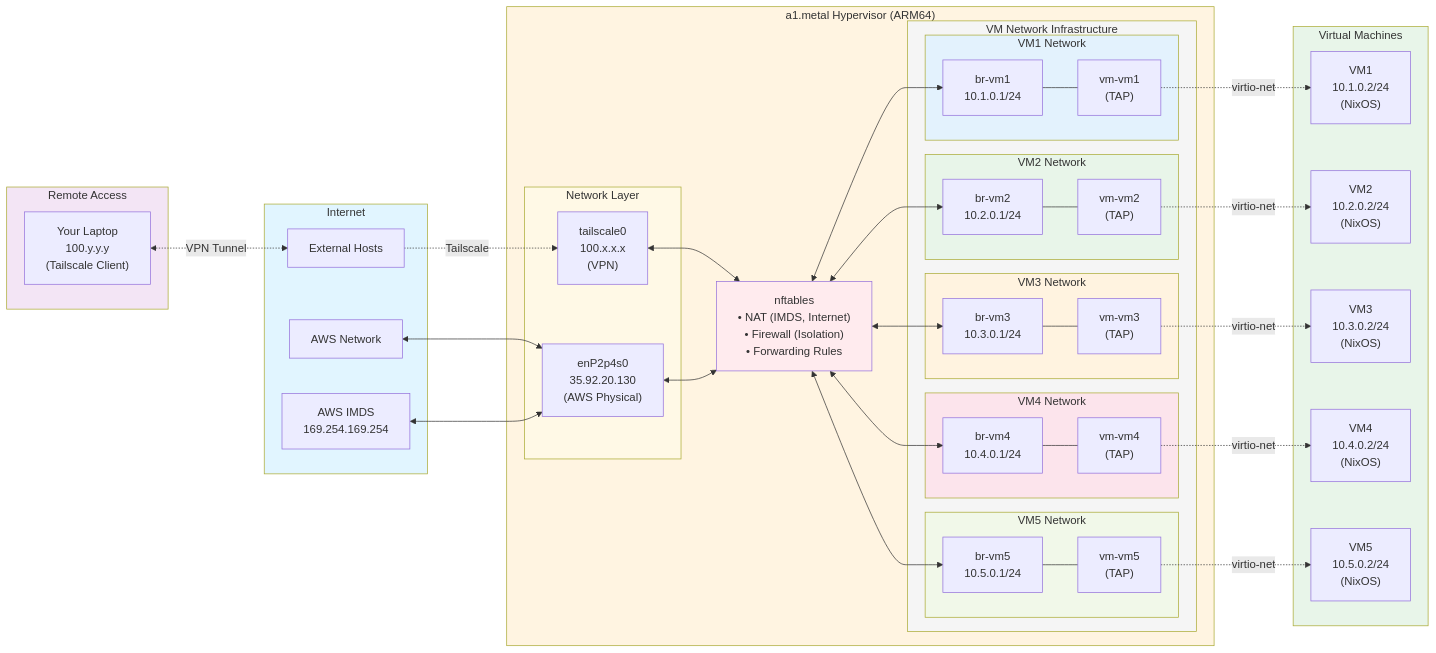
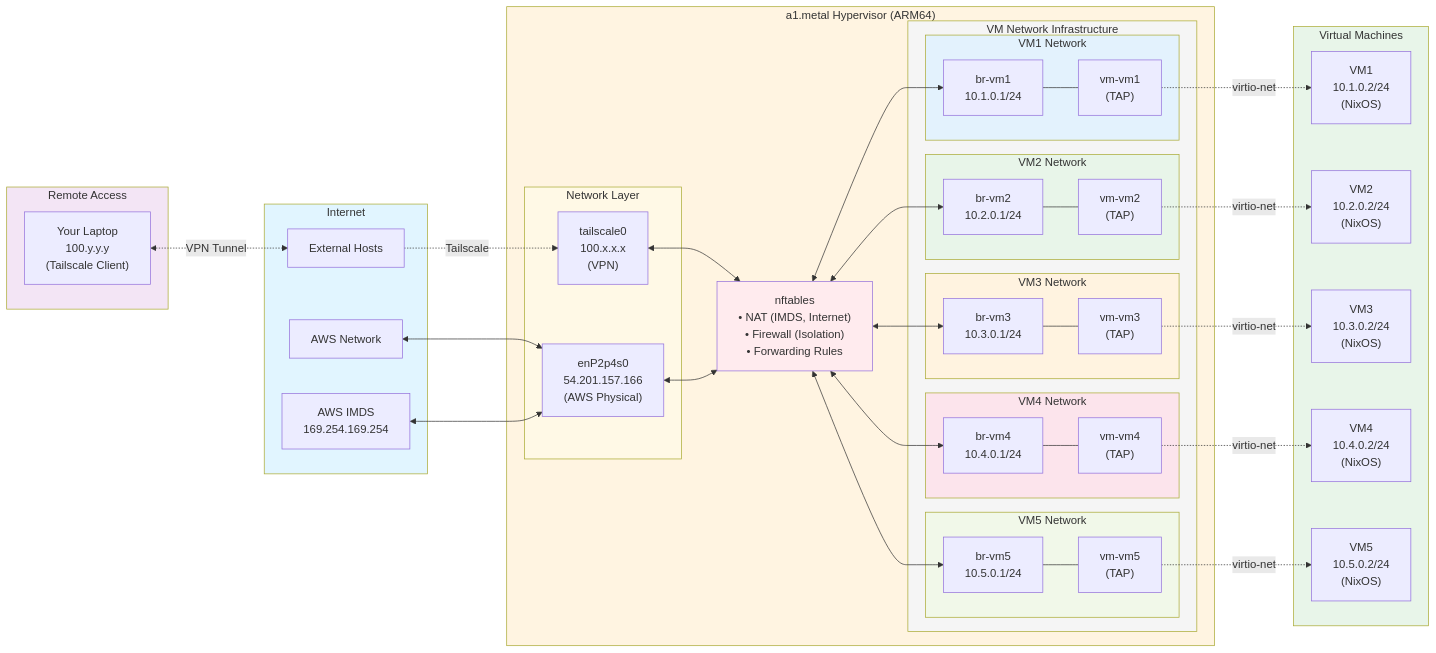
The first of 11 diagrams in NETWORK-TOPOLOGY.md (r33drichards/simple-microvm-infra), drawn with Mermaid before and after one commit. The commit also changed 4 other files, not shown here.

```diff
--- a/NETWORK-TOPOLOGY.md
+++ b/NETWORK-TOPOLOGY.md
@@ -29,7 +29,7 @@
     subgraph Hypervisor["a1.metal Hypervisor (ARM64)"]
         subgraph NetLayer["Network Layer"]
             tailscale0["tailscale0<br/>100.x.x.x<br/>(VPN)"]
-            enP2p4s0["enP2p4s0<br/>35.92.20.130<br/>(AWS Physical)"]
+            enP2p4s0["enP2p4s0<br/>54.201.157.166<br/>(AWS Physical)"]
         end
 
         nftables["nftables<br/>• NAT (IMDS, Internet)<br/>• Firewall (Isolation)<br/>• Forwarding Rules"]
```
